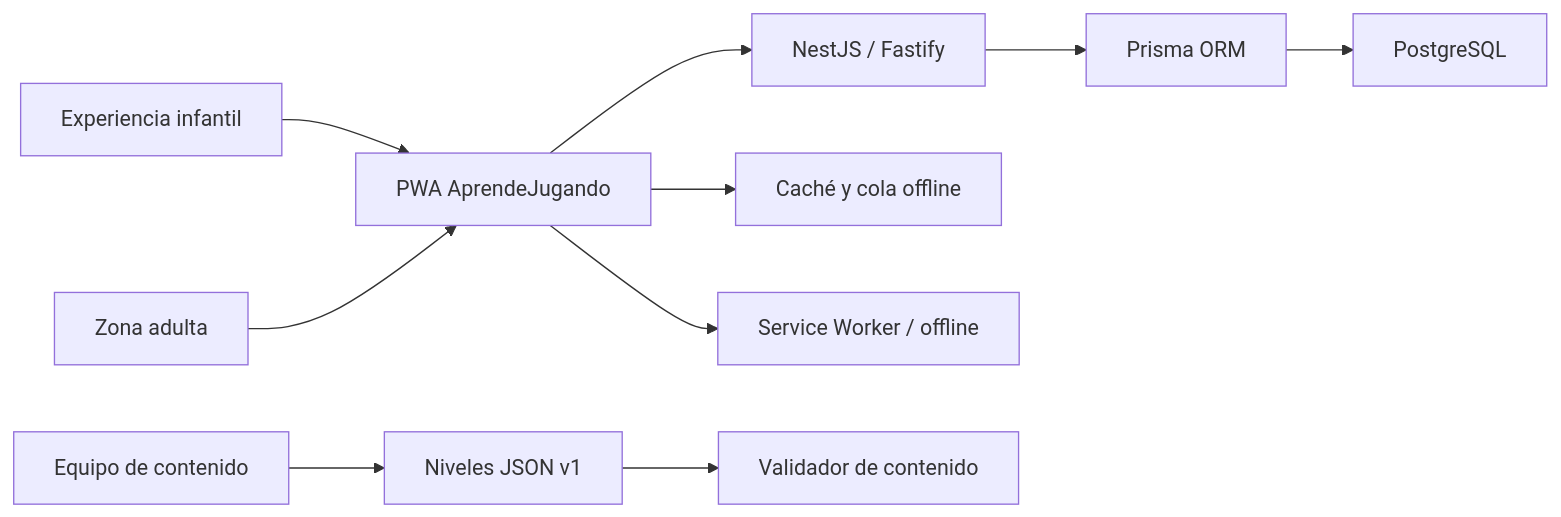
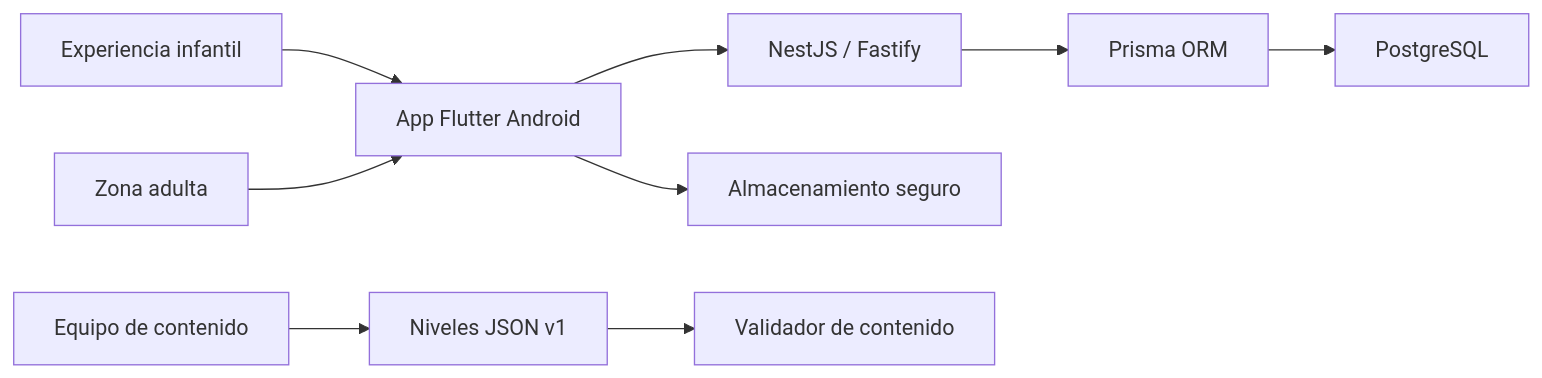
Before and after one commit to edison1000msnmsn/Aprende_Juagando_App: the first of 2 diagrams in docs/architecture/system-context.md, drawn with Mermaid. The commit also changed other lines of this file and 84 other files, not shown here.

````diff
--- a/docs/architecture/system-context.md
+++ b/docs/architecture/system-context.md
@@ -5,12 +5,11 @@
 ```mermaid
 flowchart LR
-  Kid["Experiencia infantil"] --> PWA["PWA AprendeJugando"]
-  Adult["Zona adulta"] --> PWA
-  PWA --> API["NestJS / Fastify"]
+  Kid["Experiencia infantil"] --> Flutter["App Flutter Android"]
+  Adult["Zona adulta"] --> Flutter
+  Flutter --> API["NestJS / Fastify"]
   API --> Prisma["Prisma ORM"]
   Prisma --> DB["PostgreSQL"]
-  PWA --> Local["Caché y cola offline"]
-  PWA --> Cache["Service Worker / offline"]
+  Flutter --> Secure["Almacenamiento seguro"]
   Author["Equipo de contenido"] --> JSON["Niveles JSON v1"]
   JSON --> Validator["Validador de contenido"]
 ```
````
